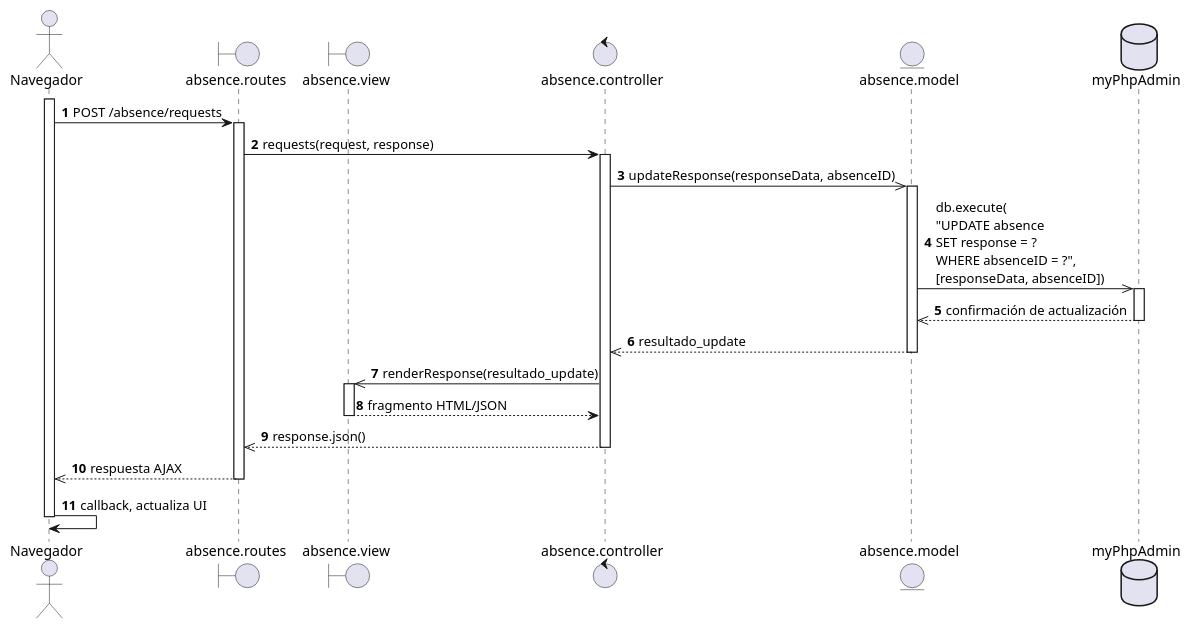
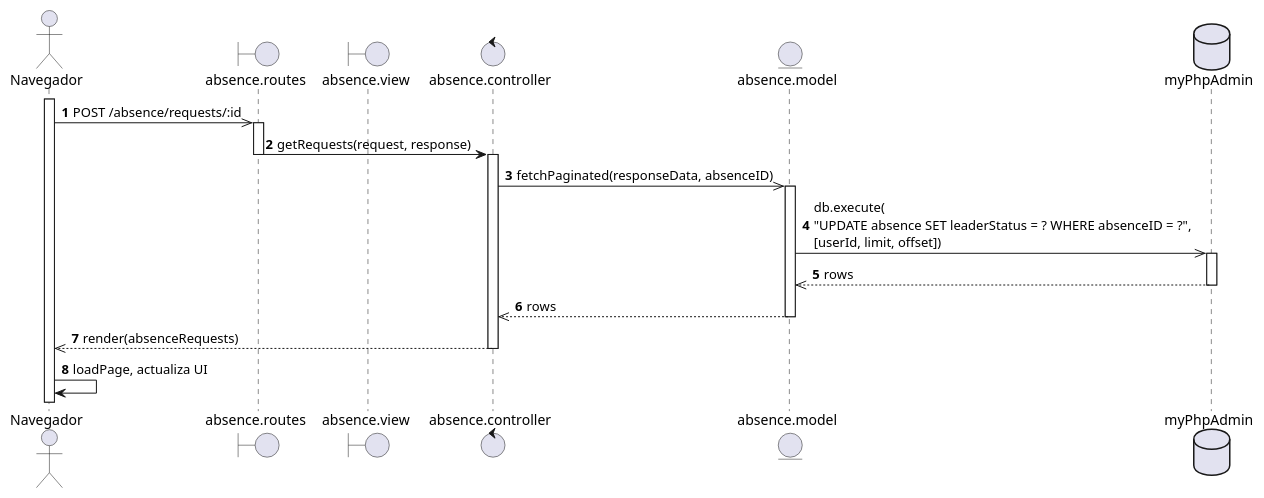
Before and after one commit to EdCanCe/WorkCells: the diagram in diagrams/Casos de Uso/Mauricio/diagrama de secuencia/CU018.puml, drawn with PlantUML. The commit also changed 4 other files, not shown here.

Commit message:
Updating all diagramas de seucincia

```diff
--- a/diagrams/Casos de Uso/Mauricio/diagrama de secuencia/CU018.puml
+++ b/diagrams/Casos de Uso/Mauricio/diagrama de secuencia/CU018.puml
@@ -1,49 +1,41 @@
 @startuml CU018 - Líder registra respuesta hacia ausencia de colaborador - Diagrama de secuencia
 actor Navegador
 boundary "absence.routes" as Routes
 boundary "absence.view" as View
 control "absence.controller" as Controller
 entity "absence.model" as Model
 database "myPhpAdmin" as DB
 
 autonumber
 
 ' El Navegador envía la petición AJAX para registrar la respuesta a la ausencia
 activate Navegador
-Navegador -> Routes: POST /absence/requests
+Navegador ->> Routes: POST /absence/requests/:id
 
 activate Routes
-Routes -> Controller: requests(request, response)
+Routes -> Controller: getRequests(request, response)
+deactivate Routes
 activate Controller
 
 ' El controlador invoca al modelo para actualizar la respuesta de la ausencia
-Controller ->> Model: updateResponse(responseData, absenceID)
+Controller ->> Model: fetchPaginated(responseData, absenceID)
 activate Model
 
 ' El modelo ejecuta la consulta en la base de datos
-Model ->> DB: db.execute(\n"UPDATE absence \nSET response = ? \nWHERE absenceID = ?", \n[responseData, absenceID])
+Model ->> DB: db.execute(\n"UPDATE absence SET leaderStatus = ? WHERE absenceID = ?", \n[userId, limit, offset])
 activate DB
-DB -->> Model: confirmación de actualización
+DB -->> Model: rows
 deactivate DB
 
-Model -->> Controller: resultado_update
+Model -->> Controller: rows
 deactivate Model
 
 ' El controlador procesa el resultado y prepara la respuesta para la vista (AJAX JSON o fragmento HTML)
-Controller ->> View: renderResponse(resultado_update)
-activate View
-View --> Controller: fragmento HTML/JSON
-deactivate View
-
-' El controlador envía la respuesta al router
-Controller -->> Routes: response.json()
+Controller -->> Navegador: render(absenceRequests)
 deactivate Controller
 
-Routes -->> Navegador: respuesta AJAX
-deactivate Routes
 
 ' El Navegador procesa la respuesta y actualiza la interfaz
-Navegador -> Navegador: callback, actualiza UI
-deactivate Navegador
+Navegador -> Navegador: loadPage, actualiza UI
 
 @enduml
```
